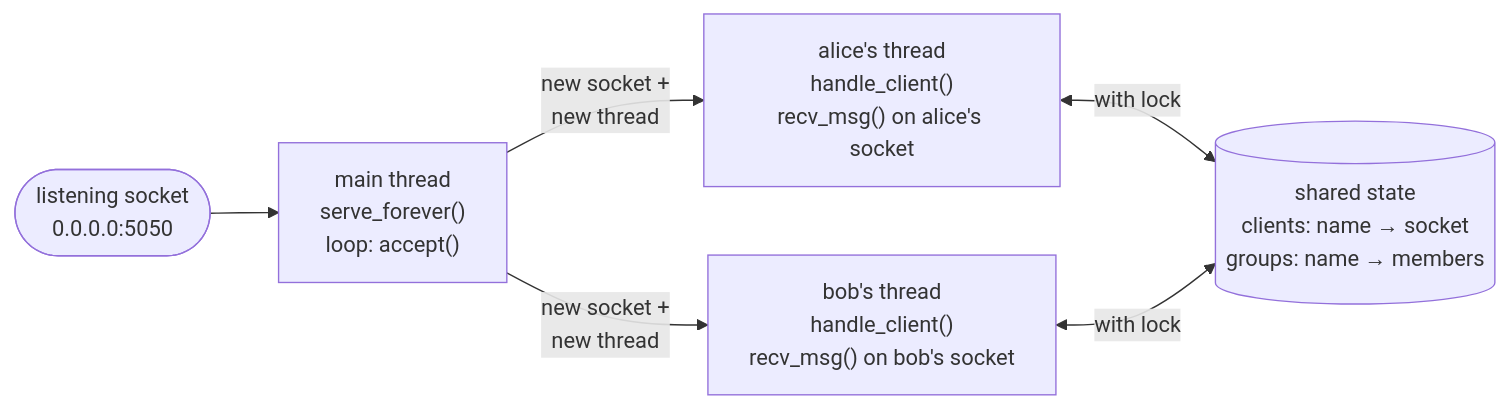
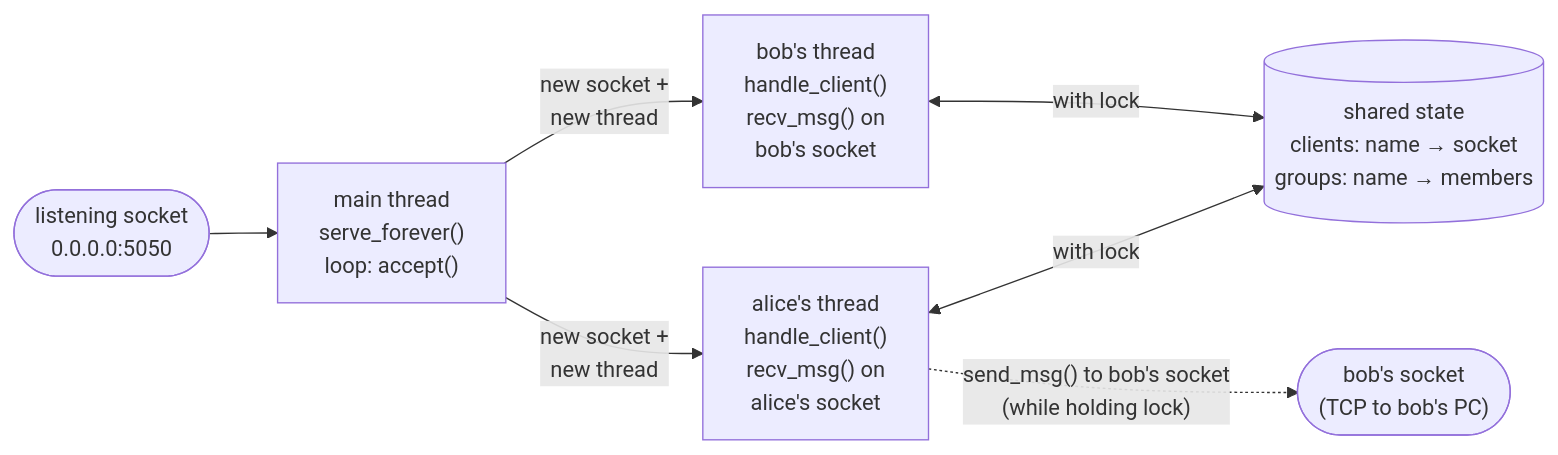
One commit to TanakritEuro/comnet-socket-chat changed the second of 5 diagrams in docs/ARCHITECTURE.md. Above: the diagram before and after it, drawn with Mermaid. The commit also changed other lines of this file and 8 other files, not shown here.

First line of the commit message:
docs: clearer R1 diagrams (cross-thread send, group sequence, 2x render)

````diff
--- a/docs/ARCHITECTURE.md
+++ b/docs/ARCHITECTURE.md
@@ -38,8 +44,9 @@
 ```mermaid
 flowchart LR
     L(["listening socket<br/>0.0.0.0:5050"]) --> ACC["main thread<br/>serve_forever()<br/>loop: accept()"]
-    ACC -->|"new socket +<br/>new thread"| T1["alice's thread<br/>handle_client()<br/>recv_msg() on alice's socket"]
-    ACC -->|"new socket +<br/>new thread"| T2["bob's thread<br/>handle_client()<br/>recv_msg() on bob's socket"]
+    ACC -->|"new socket +<br/>new thread"| T1["alice's thread<br/>handle_client()<br/>recv_msg() on<br/>alice's socket"]
+    ACC -->|"new socket +<br/>new thread"| T2["bob's thread<br/>handle_client()<br/>recv_msg() on<br/>bob's socket"]
     T1 <-->|"with lock"| ST[("shared state<br/>clients: name → socket<br/>groups: name → members")]
     T2 <-->|"with lock"| ST
+    T1 -.->|"send_msg() to bob's socket<br/>(while holding lock)"| BS(["bob's socket<br/>(TCP to bob's PC)"])
 ```
````
